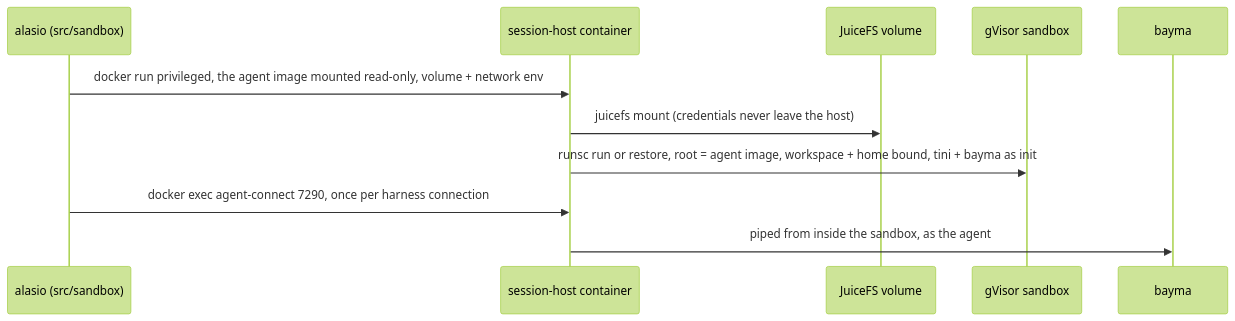
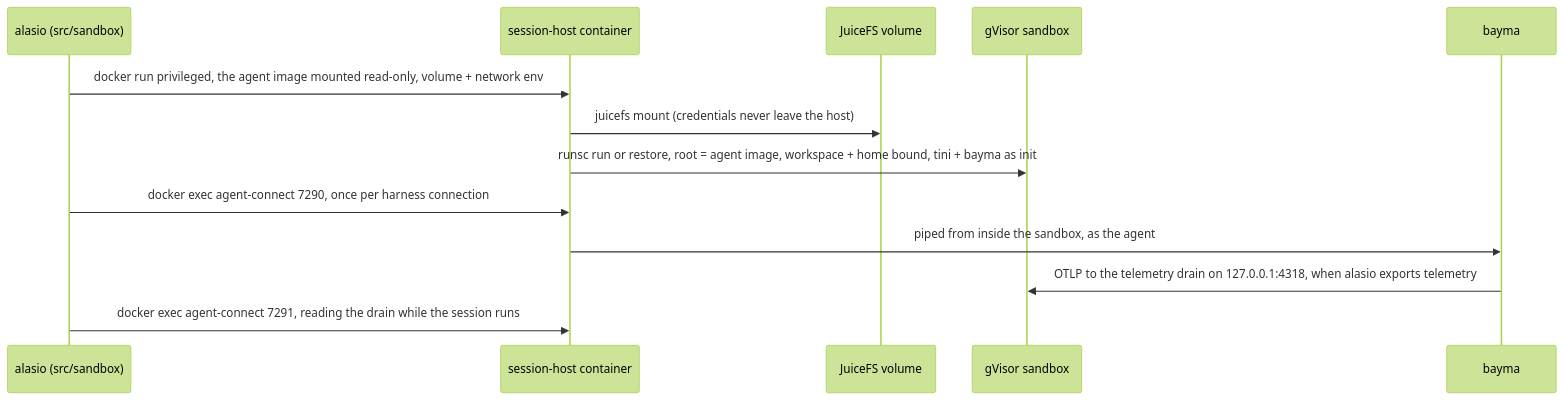
Before and after one commit to eaucoin/alasio: the second of 3 diagrams in sandbox/README.md, drawn with Mermaid (forest theme). The commit also changed other lines of this file and 21 other files, not shown here.

````diff
--- a/sandbox/README.md
+++ b/sandbox/README.md
@@ -29,13 +32,15 @@
 ```mermaid
 sequenceDiagram
   participant Alasio as alasio (src/sandbox)
   participant Host as session-host container
   participant JFS as JuiceFS volume
   participant Sbx as gVisor sandbox
   participant Bayma as bayma
   Alasio->>Host: docker run privileged, the agent image mounted read-only, volume + network env
   Host->>JFS: juicefs mount (credentials never leave the host)
   Host->>Sbx: runsc run or restore, root = agent image, workspace + home bound, tini + bayma as init
   Alasio->>Host: docker exec agent-connect 7290, once per harness connection
   Host->>Bayma: piped from inside the sandbox, as the agent
+  Bayma->>Sbx: OTLP to the telemetry drain on 127.0.0.1:4318, when alasio exports telemetry
+  Alasio->>Host: docker exec agent-connect 7291, reading the drain while the session runs
 ```
````
